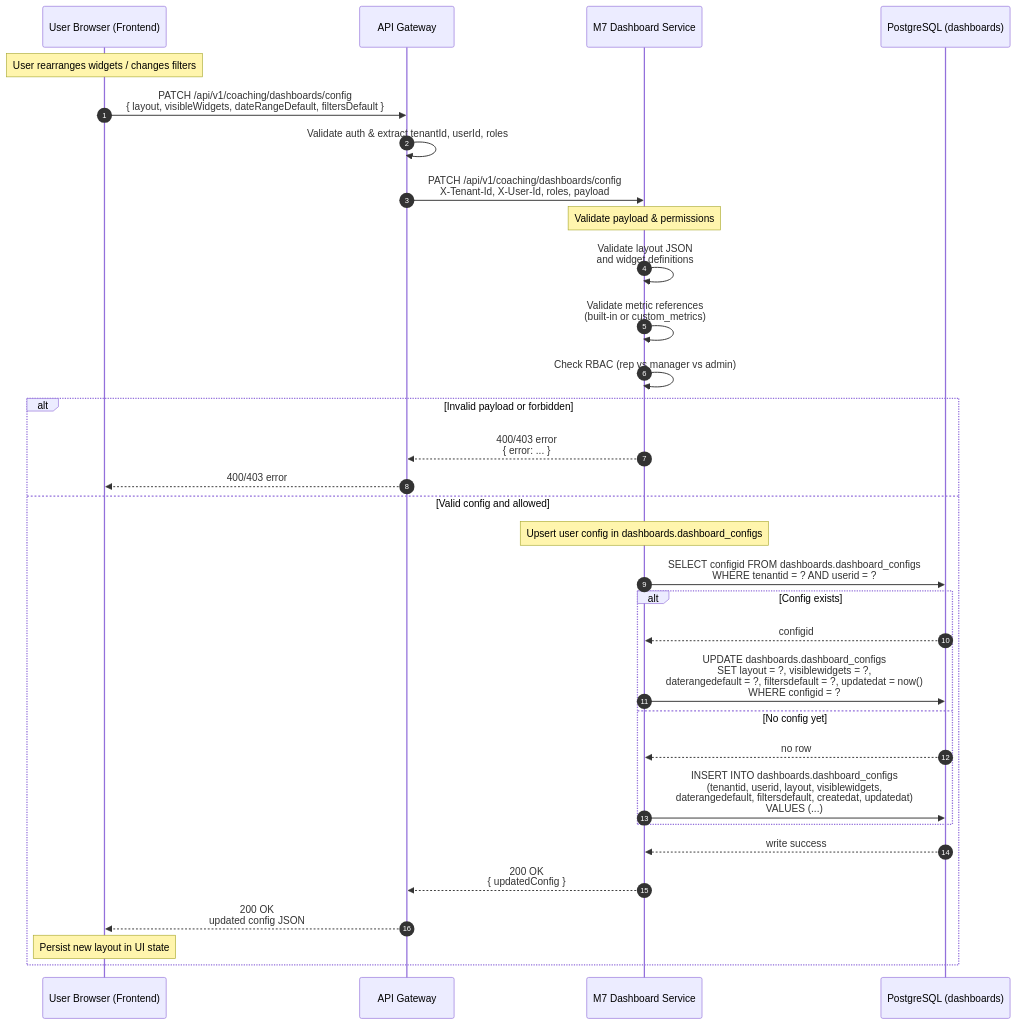
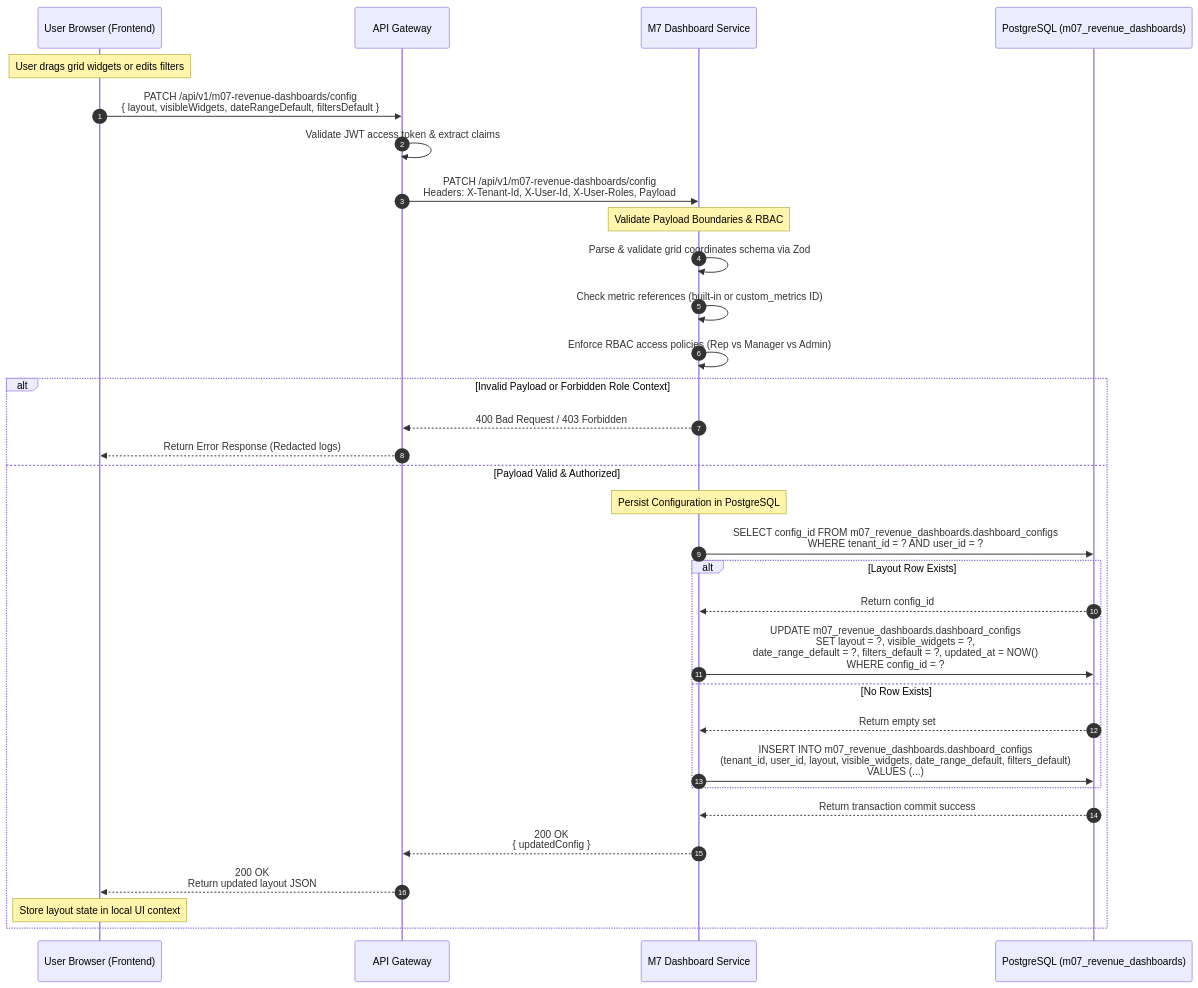
Before and after one commit to PoojaTiwari09/FB-and-RP-Fixes: the diagram in Reference documents/M7 Revenue Dashboards/sequence diagrams/sequence-save-dashboard-config.md, drawn with Mermaid. The commit also changed other lines of this file and 79 other files, not shown here.

````diff
--- a/Reference documents/M7 Revenue Dashboards/sequence diagrams/sequence-save-dashboard-config.md
+++ b/Reference documents/M7 Revenue Dashboards/sequence diagrams/sequence-save-dashboard-config.md
@@ -26,43 +29,40 @@
 ```mermaid
 sequenceDiagram
     autonumber
 
     participant U as User Browser (Frontend)
     participant G as API Gateway
     participant D as M7 Dashboard Service
-    participant P as PostgreSQL (dashboards)
+    participant P as PostgreSQL (m07_revenue_dashboards)
 
-    Note over U: User rearranges widgets / changes filters
+    Note over U: User drags grid widgets or edits filters
+    U->>G: PATCH /api/v1/m07-revenue-dashboards/config<br/>{ layout, visibleWidgets, dateRangeDefault, filtersDefault }
+    G->>G: Validate JWT access token & extract claims
+    G->>D: PATCH /api/v1/m07-revenue-dashboards/config<br/>Headers: X-Tenant-Id, X-User-Id, X-User-Roles, Payload
 
-    U->>G: PATCH /api/v1/coaching/dashboards/config<br/>{ layout, visibleWidgets, dateRangeDefault, filtersDefault }
-    G->>G: Validate auth & extract tenantId, userId, roles
-    G->>D: PATCH /api/v1/coaching/dashboards/config<br/>X-Tenant-Id, X-User-Id, roles, payload
+    Note over D: Validate Payload Boundaries & RBAC
+    D->>D: Parse & validate grid coordinates schema via Zod
+    D->>D: Check metric references (built-in or custom_metrics ID)
+    D->>D: Enforce RBAC access policies (Rep vs Manager vs Admin)
 
-    Note over D: Validate payload & permissions
-
-    D->>D: Validate layout JSON<br/>and widget definitions
-    D->>D: Validate metric references<br/>(built-in or custom_metrics)
-    D->>D: Check RBAC (rep vs manager vs admin)
-
-    alt Invalid payload or forbidden
-        D-->>G: 400/403 error<br/>{ error: ... }
-        G-->>U: 400/403 error
-    else Valid config and allowed
-        Note over D: Upsert user config in dashboards.dashboard_configs
-
-        D->>P: SELECT configid FROM dashboards.dashboard_configs<br/>WHERE tenantid = ? AND userid = ?
-        alt Config exists
-            P-->>D: configid
-            D->>P: UPDATE dashboards.dashboard_configs<br/>SET layout = ?, visiblewidgets = ?,<br/>    daterangedefault = ?, filtersdefault = ?, updatedat = now()<br/>WHERE configid = ?
-        else No config yet
-            P-->>D: no row
-            D->>P: INSERT INTO dashboards.dashboard_configs<br/>(tenantid, userid, layout, visiblewidgets,<br/> daterangedefault, filtersdefault, createdat, updatedat)<br/>VALUES (...)
+    alt Invalid Payload or Forbidden Role Context
+        D-->>G: 400 Bad Request / 403 Forbidden
+        G-->>U: Return Error Response (Redacted logs)
+    else Payload Valid & Authorized
+        Note over D: Persist Configuration in PostgreSQL
+        D->>P: SELECT config_id FROM m07_revenue_dashboards.dashboard_configs<br/>WHERE tenant_id = ? AND user_id = ?
+        
+        alt Layout Row Exists
+            P-->>D: Return config_id
+            D->>P: UPDATE m07_revenue_dashboards.dashboard_configs<br/>SET layout = ?, visible_widgets = ?,<br/>    date_range_default = ?, filters_default = ?, updated_at = NOW()<br/>WHERE config_id = ?
+        else No Row Exists
+            P-->>D: Return empty set
+            D->>P: INSERT INTO m07_revenue_dashboards.dashboard_configs<br/>(tenant_id, user_id, layout, visible_widgets, date_range_default, filters_default)<br/>VALUES (...)
         end
-        P-->>D: write success
+        P-->>D: Return transaction commit success
 
         D-->>G: 200 OK<br/>{ updatedConfig }
-        G-->>U: 200 OK<br/>updated config JSON
-
-        Note over U: Persist new layout in UI state
+        G-->>U: 200 OK<br/>Return updated layout JSON
+        Note over U: Store layout state in local UI context
     end
 ```
````
